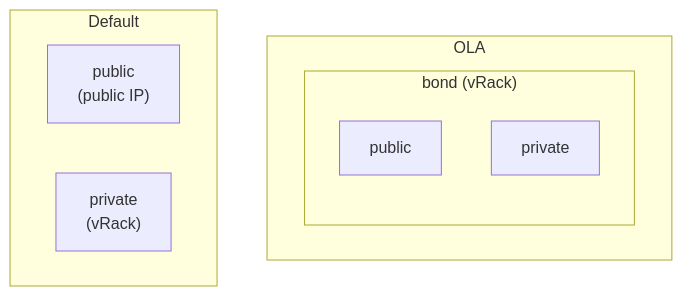
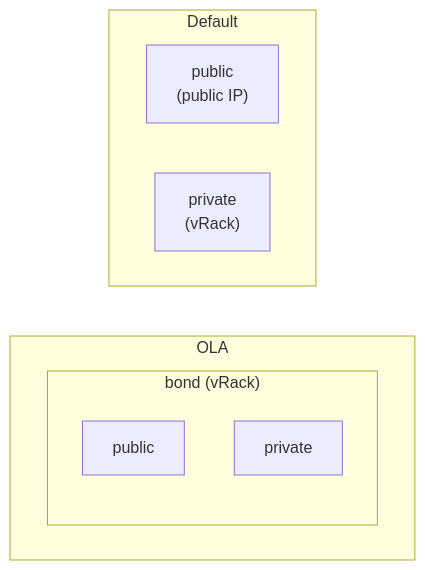
One commit to ovh/ovhcloud-docs changed the diagram in docs/public/images/bare-metal-cloud/dedicated-servers/link-aggregation-overview/two-interfaces.mmd. Above: the diagram before and after it, drawn with Mermaid. The commit also changed 44 other files, not shown here.

```diff
--- a/docs/public/images/bare-metal-cloud/dedicated-servers/link-aggregation-overview/two-interfaces.mmd
+++ b/docs/public/images/bare-metal-cloud/dedicated-servers/link-aggregation-overview/two-interfaces.mmd
@@ -1,12 +1,17 @@
 flowchart TB
+    subgraph DEFAULT["Default"]
+        DPUB["public<br/>(public IP)"]
+        DPRIV["private<br/>(vRack)"]
+    end
+
     subgraph OLA["OLA"]
         subgraph OBOND["bond (vRack)"]
             OPUB["public"]
             OPRIV["private"]
         end
     end
 
-    subgraph DEFAULT["Default"]
-        DPUB["public<br/>(public IP)"]
-        DPRIV["private<br/>(vRack)"]
-    end
+    %% Invisible link only: it constrains the layout and carries no meaning.
+    %% Stack the two modes vertically rather than side by side, to match
+    %% four-interfaces.mmd and keep both diagrams on the same visual grid.
+    DEFAULT ~~~ OLA
```
